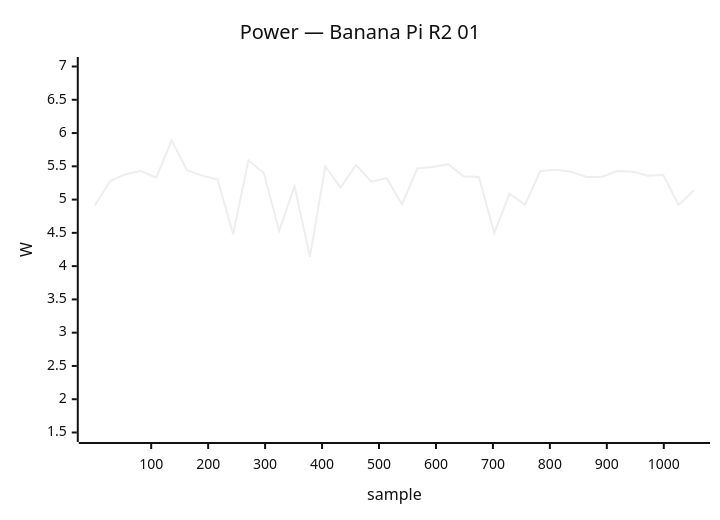
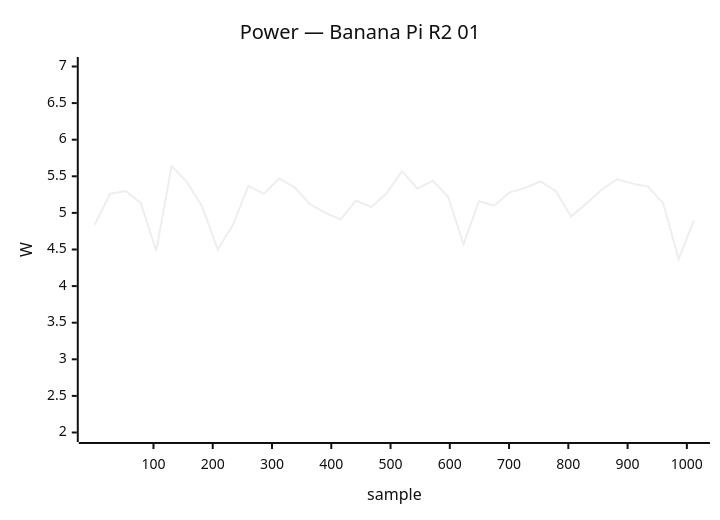
One commit to armbian/documentation changed the tenth of 40 diagrams in docs/status/board-tests.md. Above: the diagram before and after it, drawn with Mermaid (neutral theme). The commit also changed other lines of this file, not shown here.

````diff
--- a/docs/status/board-tests.md
+++ b/docs/status/board-tests.md
@@ -451,7 +451,7 @@
 ```mermaid
 xychart-beta
     title "Power — Banana Pi R2 01"
-    x-axis "sample" 1 --> 1053
-    y-axis "W" 1.5 --> 7.0
-    line [4.91, 5.28, 5.38, 5.43, 5.33, 5.89, 5.44, 5.36, 5.30, 4.48, 5.59, 5.40, 4.53, 5.20, 4.14, 5.50, 5.18, 5.52, 5.27, 5.32, 4.93, 5.47, 5.49, 5.53, 5.35, 5.34, 4.50, 5.09, 4.92, 5.43, 5.45, 5.42, 5.34, 5.34, 5.43, 5.42, 5.36, 5.37, 4.92, 5.14]
+    x-axis "sample" 1 --> 1012
+    y-axis "W" 2.0 --> 7.0
+    line [4.84, 5.26, 5.30, 5.13, 4.48, 5.64, 5.42, 5.08, 4.50, 4.84, 5.37, 5.26, 5.47, 5.35, 5.12, 5.00, 4.91, 5.17, 5.08, 5.27, 5.57, 5.33, 5.44, 5.22, 4.57, 5.16, 5.10, 5.28, 5.34, 5.43, 5.30, 4.95, 5.13, 5.32, 5.46, 5.40, 5.36, 5.13, 4.37, 4.90]
 ```
````
